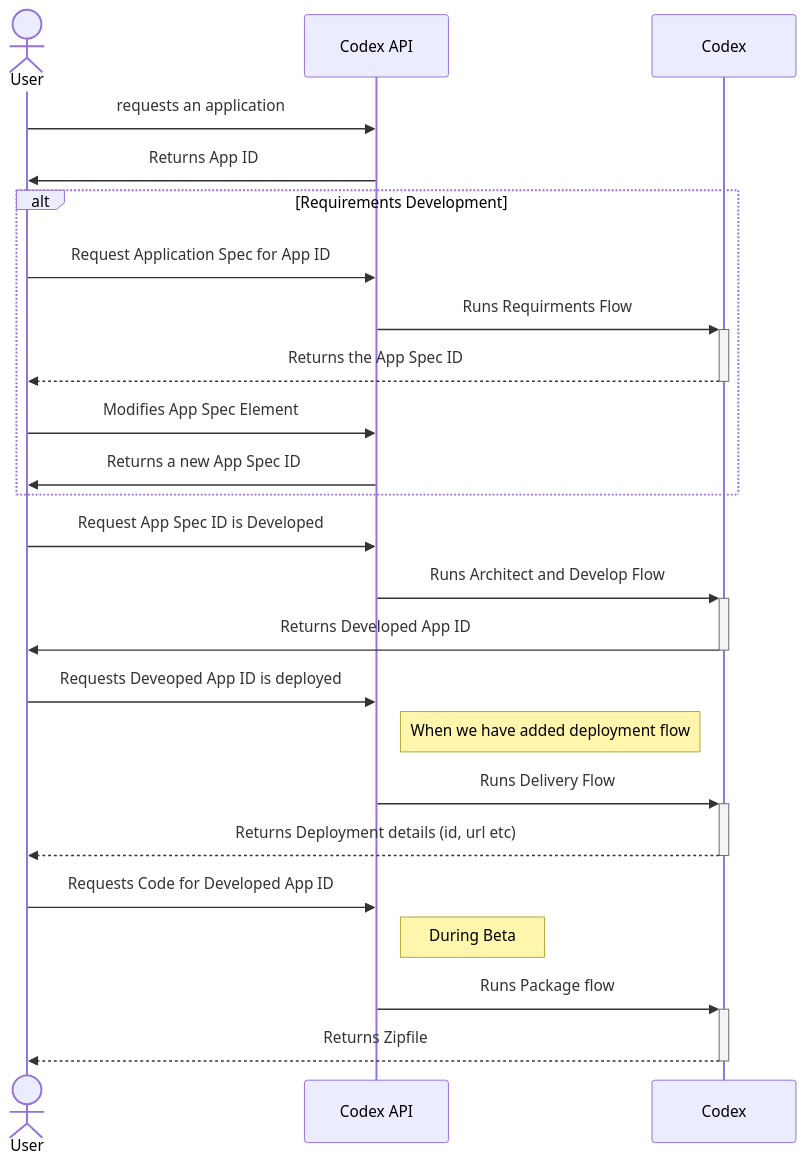
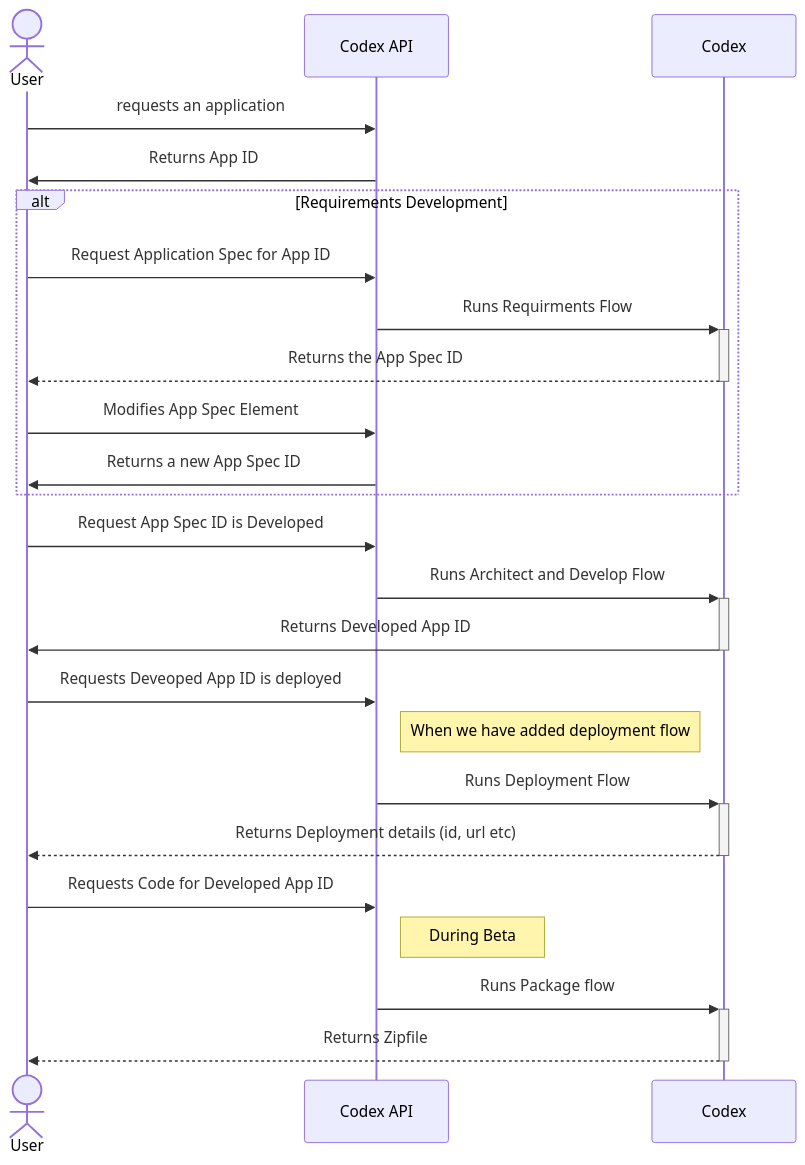
The second of 4 diagrams in README.md (Significant-Gravitas/AutoGPT-Code-Ability), drawn with Mermaid before and after one commit. The commit also changed other lines of this file and 8 other files, not shown here.

````diff
--- a/README.md
+++ b/README.md
@@ -82,38 +82,38 @@
 ```mermaid
 
 sequenceDiagram
     actor User
     participant API as Codex API
     participant Codex
 
 
     User->>API: requests an application
     API->>User: Returns App ID
     alt Requirements Development
       User->>API: Request Application Spec for App ID
       API->>+Codex: Runs Requirments Flow
       Codex-->>-User: Returns the App Spec ID
       User->>API: Modifies App Spec Element
       API->>User: Returns a new App Spec ID
     end
     
     User->>API: Request App Spec ID is Developed
     API->>+Codex: Runs Architect and Develop Flow
 
     Codex->>-User: Returns Developed App ID
     
     User->>API: Requests Deveoped App ID is deployed
     Note right of API: When we have added deployment flow
 
-    API->>+Codex: Runs Delivery Flow
+    API->>+Codex: Runs Deployment Flow
     Codex-->>-User: Returns Deployment details (id, url etc)
 
     
     User->>API: Requests Code for Developed App ID
     Note right of API: During Beta
 
     API->>+Codex: Runs Package flow
 
     Codex-->>-User: Returns Zipfile
     
 ```
````
